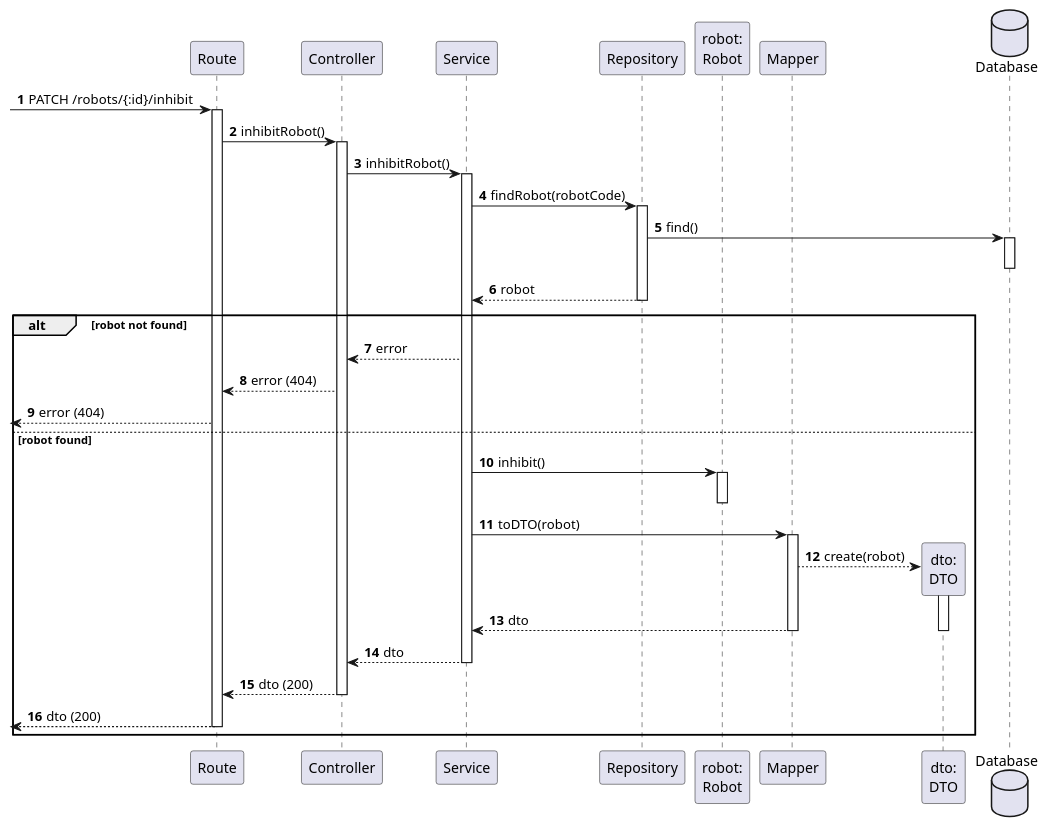
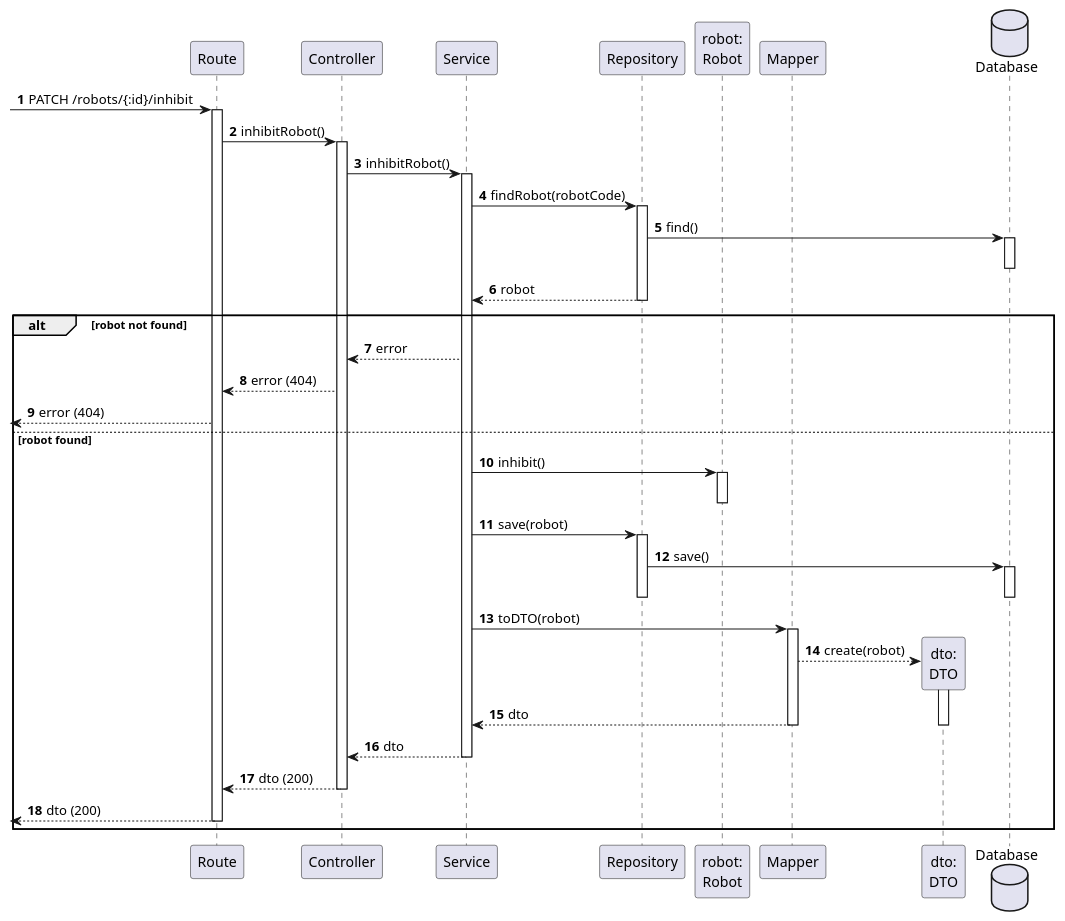
The diagram in docs/us370/level3/process-view.puml (Departamento-de-Engenharia-Informatica/lapr5-23-24-g19), drawn with PlantUML before and after one commit. The commit also changed 14 other files, not shown here.

```diff
--- a/docs/us370/level3/process-view.puml
+++ b/docs/us370/level3/process-view.puml
@@ -1,66 +1,73 @@
 @startuml
 autonumber
 
 participant "Route" as r
 participant "Controller" as ctrl
 participant "Service" as svc
 participant "Repository" as repo
 
 participant "robot:\nRobot" as robot
 participant "Mapper" as map
 participant "dto:\nDTO" as dto
 
 database "Database" as db
 
 [-> r : PATCH /robots/{:id}/inhibit
 activate r
     ' note right : verify if user is a \nfleet manager
     ' alt unkown user
     '     r --> ui : 401: Unauthorized
     ' else user not authorized
     '     r --> ui : 403: Forbidden
     ' else user authorized
 
     r -> ctrl : inhibitRobot()
     activate ctrl
         ctrl -> svc : inhibitRobot()
         activate svc
             svc -> repo : findRobot(robotCode)
             activate repo
                 repo -> db : find()
                 activate db
                 deactivate db
 
                 repo --> svc : robot
             deactivate repo
 
             alt robot not found
                 svc --> ctrl : error
                 ctrl --> r : error (404)
                 [<-- r : error (404)
             else robot found
 
                 svc -> robot : inhibit()
                 activate robot
                 deactivate robot
 
+                svc -> repo : save(robot)
+                activate repo
+                    repo -> db : save()
+                    activate db
+                    deactivate db
+                deactivate repo
+
                 svc -> map : toDTO(robot)
                 activate map
                     map --> dto **: create(robot)
                     activate dto
                         map --> svc : dto
                     deactivate dto
                 deactivate map
 
                 svc --> ctrl : dto
         deactivate svc
 
         ctrl --> r : dto (200)
     deactivate ctrl
     [<-- r : dto (200)
 deactivate r
 
 
 end
 
 @enduml
```
